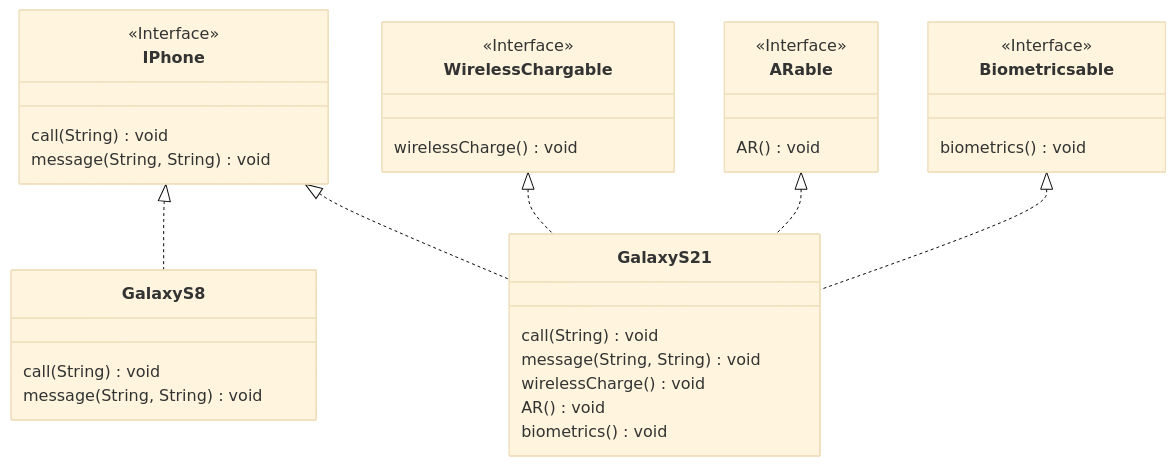
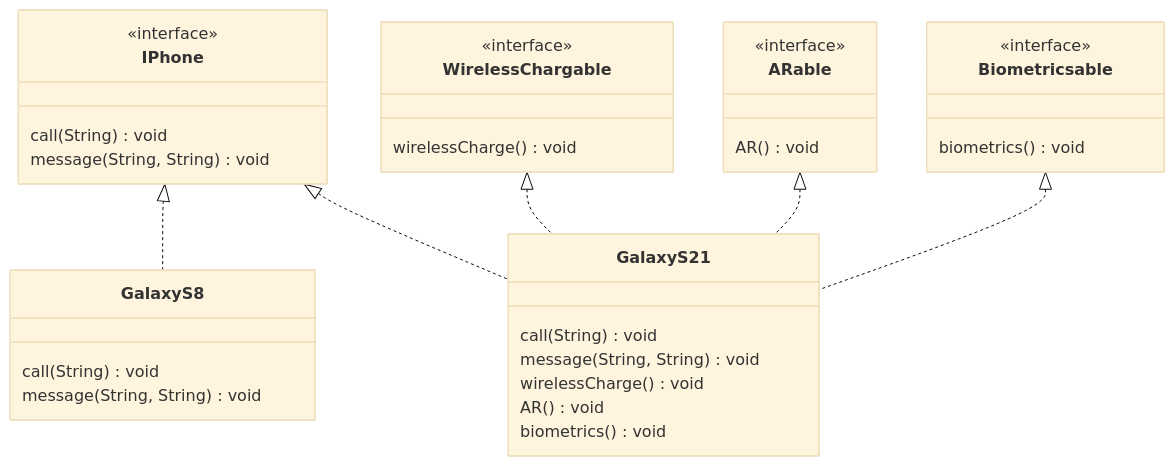
The fourth of 5 diagrams in _notes/oop/solid/4-isp.md (choesimin/choesimin.github.io), drawn with Mermaid (base theme) before and after one commit. The commit also changed other lines of this file and 10 other files, not shown here.

````diff
--- a/_notes/oop/solid/4-isp.md
+++ b/_notes/oop/solid/4-isp.md
@@ -258,38 +258,38 @@
 ```mermaid
 classDiagram
 
 class IPhone {
-    <<Interface>>
+    <<interface>>
     call(String) void
     message(String, String) void
 }
 class WirelessChargable {
-    <<Interface>>
+    <<interface>>
     wirelessCharge() void
 }
 class ARable {
-    <<Interface>>
+    <<interface>>
     AR() void
 }
 class Biometricsable {
-    <<Interface>>
+    <<interface>>
     biometrics() void
 }
 class GalaxyS21 {
     call(String) void
     message(String, String) void
     wirelessCharge() void
     AR() void
     biometrics() void
 }
 class GalaxyS8 {
     call(String) void
     message(String, String) void
 }
 
 IPhone <|.. GalaxyS8
 IPhone <|.. GalaxyS21
 WirelessChargable <|.. GalaxyS21
 ARable <|.. GalaxyS21
 Biometricsable <|.. GalaxyS21
 ```
````
